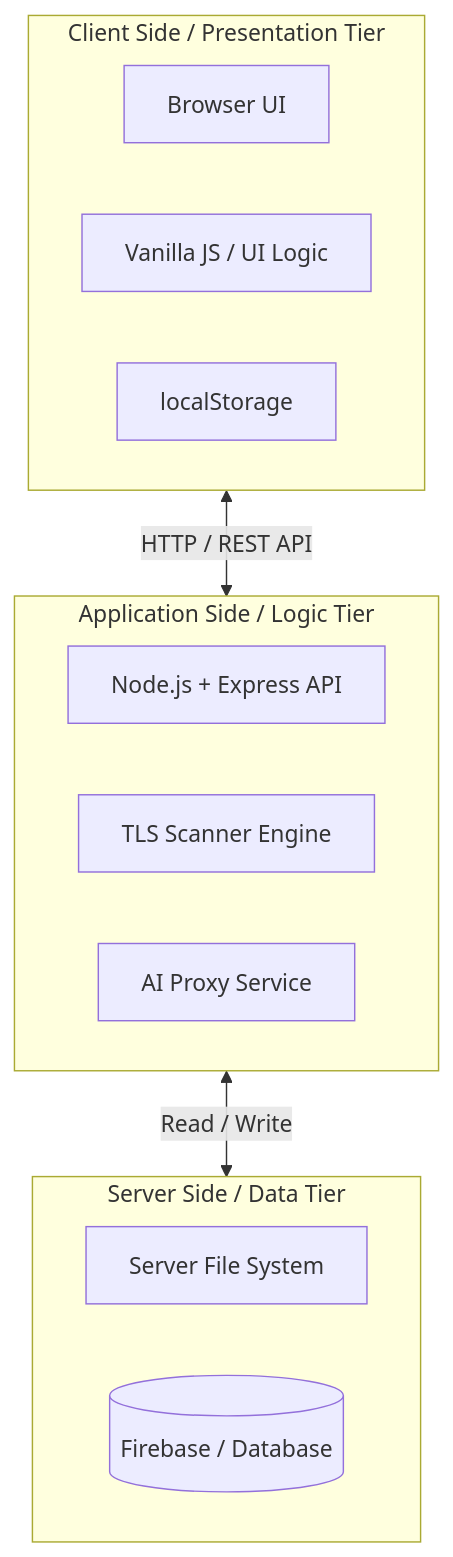
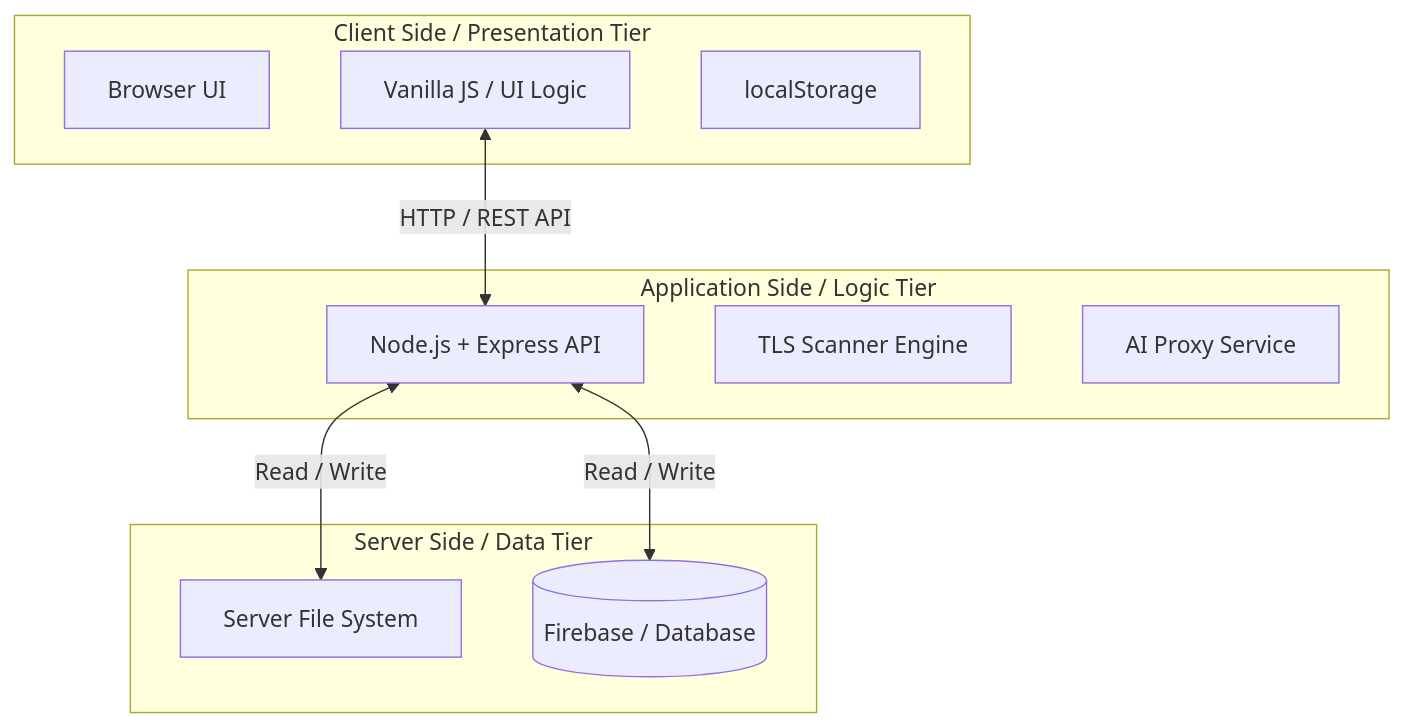
One commit to riosn3047L/Quantum_gua changed the diagram in README.md. Above: the diagram before and after it, drawn with Mermaid. The commit also changed 1 other file, not shown here.

````diff
--- a/README.md
+++ b/README.md
@@ -24,22 +24,23 @@
 ```mermaid
 flowchart TD
     subgraph ClientSide [Client Side / Presentation Tier]
         UI[Browser UI]
         JS[Vanilla JS / UI Logic]
         State[localStorage]
     end
 
     subgraph ApplicationSide [Application Side / Logic Tier]
         API[Node.js + Express API]
         TLS[TLS Scanner Engine]
         AIProxy[AI Proxy Service]
     end
 
     subgraph ServerSide [Server Side / Data Tier]
         FileSystem[Server File System]
-        DB[(Firebase / Database)]
+        DB[("Firebase / Database")]
     end
 
-    ClientSide <-->|HTTP / REST API| ApplicationSide
-    ApplicationSide <-->|Read / Write| ServerSide
+    JS <-->|HTTP / REST API| API
+    API <-->|Read / Write| FileSystem
+    API <-->|Read / Write| DB
 ```
````
